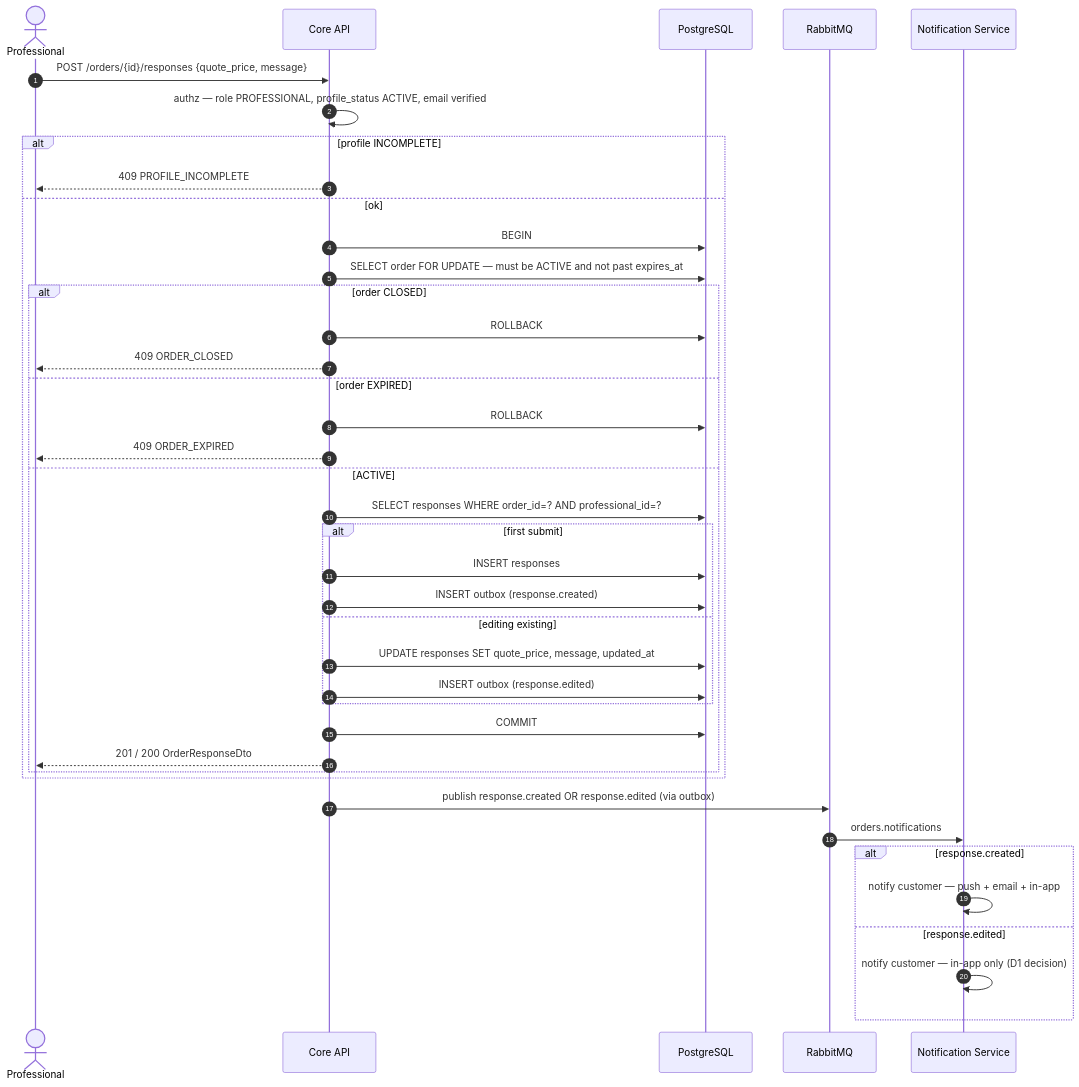
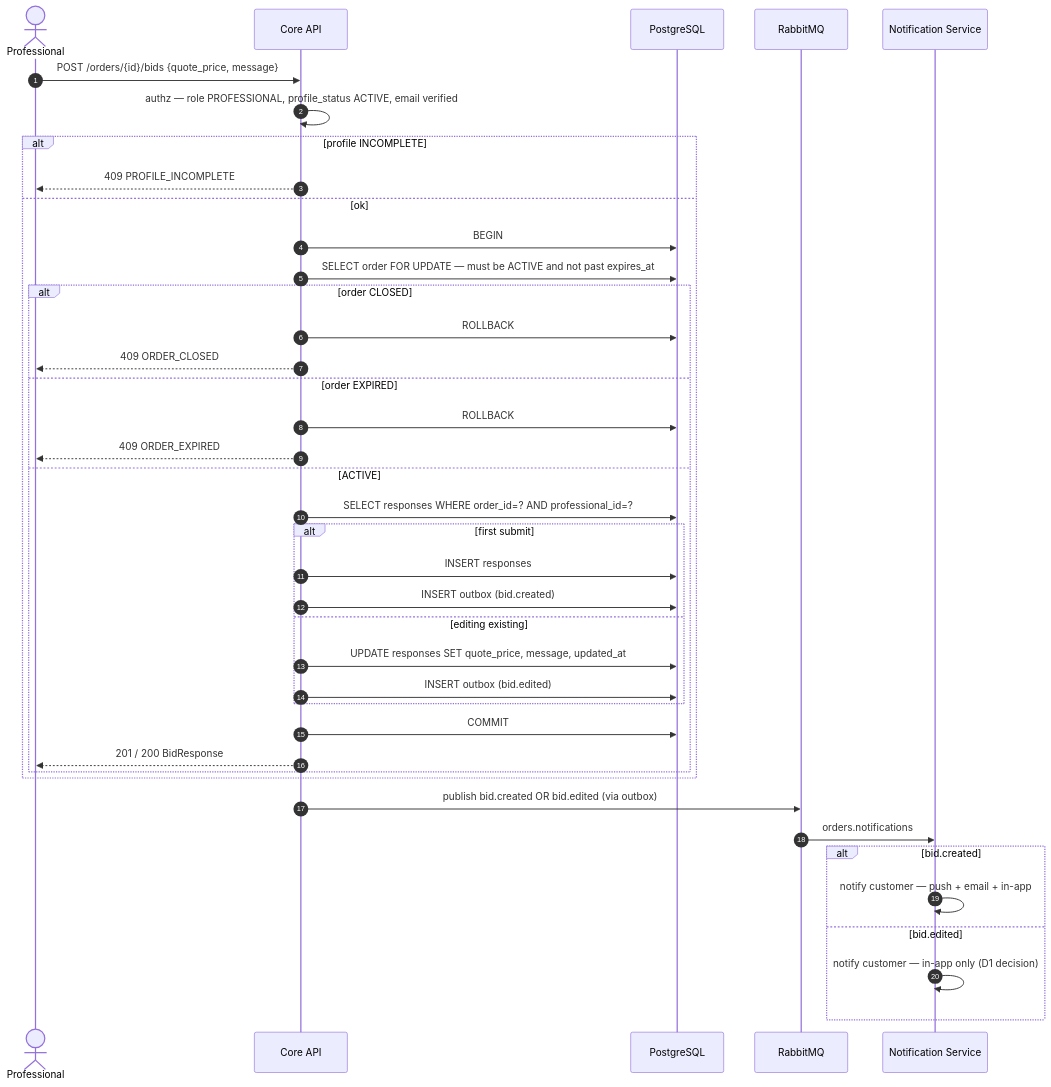
One commit to Iarylkin/proFinder_backend changed the eighth of 14 diagrams in docs/10 - Sequence Diagrams.md. Above: the diagram before and after it, drawn with Mermaid. The commit also changed other lines of this file and 10 other files, not shown here.

````diff
--- a/docs/10 - Sequence Diagrams.md
+++ b/docs/10 - Sequence Diagrams.md
@@ -340,44 +340,44 @@
 ```mermaid
 sequenceDiagram
     autonumber
     actor P as Professional
     participant Core as Core API
     participant PG as PostgreSQL
     participant MQ as RabbitMQ
     participant Notif as Notification Service
 
-    P->>Core: POST /orders/{id}/responses {quote_price, message}
+    P->>Core: POST /orders/{id}/bids {quote_price, message}
     Core->>Core: authz — role PROFESSIONAL, profile_status ACTIVE, email verified
     alt profile INCOMPLETE
         Core-->>P: 409 PROFILE_INCOMPLETE
     else ok
         Core->>PG: BEGIN
         Core->>PG: SELECT order FOR UPDATE — must be ACTIVE and not past expires_at
         alt order CLOSED
             Core->>PG: ROLLBACK
             Core-->>P: 409 ORDER_CLOSED
         else order EXPIRED
             Core->>PG: ROLLBACK
             Core-->>P: 409 ORDER_EXPIRED
         else ACTIVE
             Core->>PG: SELECT responses WHERE order_id=? AND professional_id=?
             alt first submit
                 Core->>PG: INSERT responses
-                Core->>PG: INSERT outbox (response.created)
+                Core->>PG: INSERT outbox (bid.created)
             else editing existing
                 Core->>PG: UPDATE responses SET quote_price, message, updated_at
-                Core->>PG: INSERT outbox (response.edited)
+                Core->>PG: INSERT outbox (bid.edited)
             end
             Core->>PG: COMMIT
-            Core-->>P: 201 / 200 OrderResponseDto
+            Core-->>P: 201 / 200 BidResponse
         end
     end
 
-    Core->>MQ: publish response.created OR response.edited (via outbox)
+    Core->>MQ: publish bid.created OR bid.edited (via outbox)
     MQ->>Notif: orders.notifications
-    alt response.created
+    alt bid.created
         Notif->>Notif: notify customer — push + email + in-app
-    else response.edited
+    else bid.edited
         Notif->>Notif: notify customer — in-app only (D1 decision)
     end
 ```
````
